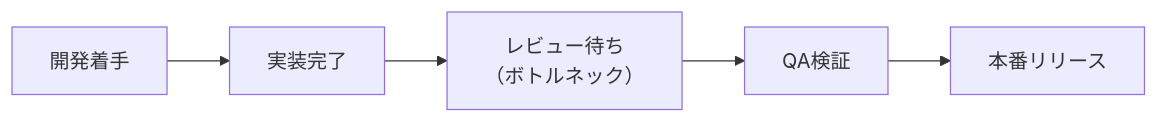
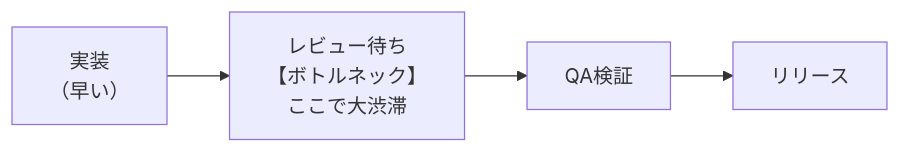
One commit to MasuqaT-NET/Zenn-contents changed the diagram in books/project-management-as-dandori/6.focus.md. Above: the diagram before and after it, drawn with Mermaid. The commit also changed other lines of this file and 7 other files, not shown here.

````diff
--- a/books/project-management-as-dandori/6.focus.md
+++ b/books/project-management-as-dandori/6.focus.md
@@ -27,7 +40,6 @@
 ```mermaid
 flowchart LR
-    start["開発着手"] --> impl["実装完了"]
-    impl --> bottleneck["レビュー待ち<br>（ボトルネック）"]
-    bottleneck --> qa["QA検証"]
-    qa --> release["本番リリース"]
+    impl["実装<br>（早い）"] --> pr["レビュー待ち<br>【ボトルネック】<br>ここで大渋滞"]
+    pr --> qa["QA検証"]
+    qa --> release["リリース"]
 ```
````
